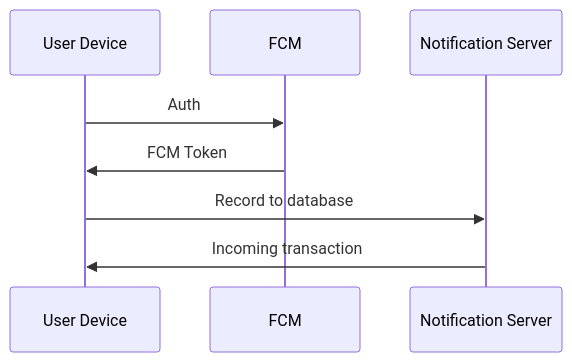
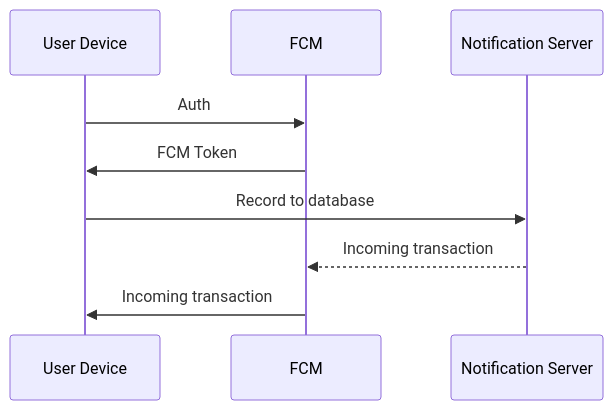
Before and after one commit to tuphan-dn/tether-assessment: the diagram in problem-2/README.md, drawn with Mermaid.

Commit message:
fix: mermaid lang

````diff
--- a/problem-2/README.md
+++ b/problem-2/README.md
@@ -21,7 +21,8 @@
 ```mermaid
 sequenceDiagram
     User Device->>FCM: Auth
     FCM->>User Device: FCM Token
     User Device->>Notification Server: Record to database
-    Notification Server->>User Device: Incoming transaction
+    Notification Server-->>FCM: Incoming transaction
+    FCM->>User Device: Incoming transaction
 ```
````
